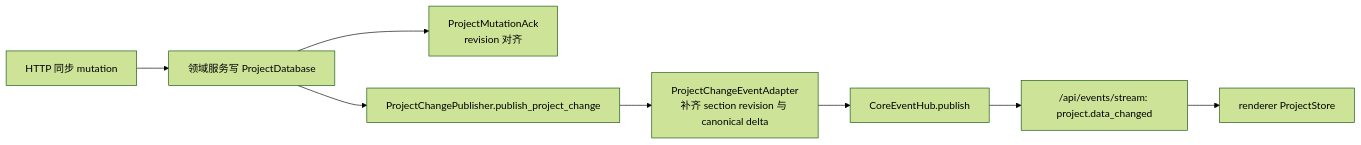
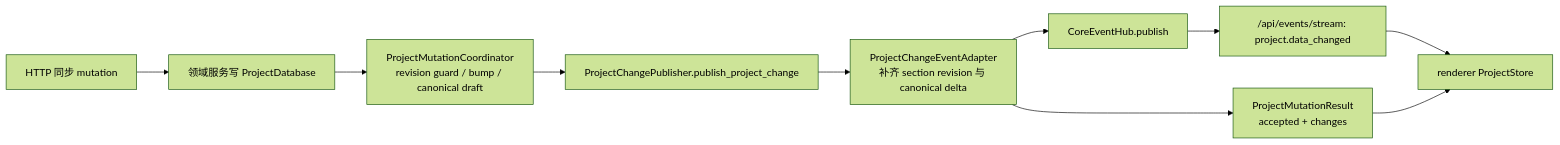
Before and after one commit to neavo/LinguaGacha: the diagram in docs/BACKEND.md, drawn with Mermaid (forest theme). The commit also changed other lines of this file and 92 other files, not shown here.

Commit message:
refactor(project): 收拢项目 mutation 状态写入

````diff
--- a/docs/BACKEND.md
+++ b/docs/BACKEND.md
@@ -50,10 +50,12 @@
 ```mermaid
 flowchart LR
   A["HTTP 同步 mutation"] --> B["领域服务写 ProjectDatabase"]
-  B --> C["ProjectMutationAck<br/>revision 对齐"]
-  B --> D["ProjectChangePublisher.publish_project_change"]
+  B --> M["ProjectMutationCoordinator<br/>revision guard / bump / canonical draft"]
+  M --> D["ProjectChangePublisher.publish_project_change"]
   D --> E["ProjectChangeEventAdapter<br/>补齐 section revision 与 canonical delta"]
+  E --> C["ProjectMutationResult<br/>accepted + changes"]
   E --> F["CoreEventHub.publish"]
   F --> G["/api/events/stream: project.data_changed"]
   G --> H["renderer ProjectStore"]
+  C --> H
 ```
````
